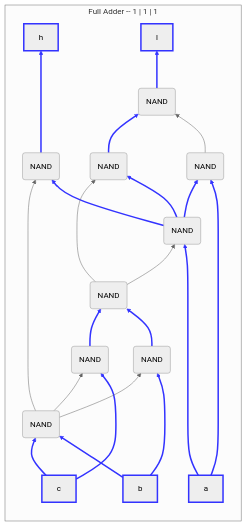
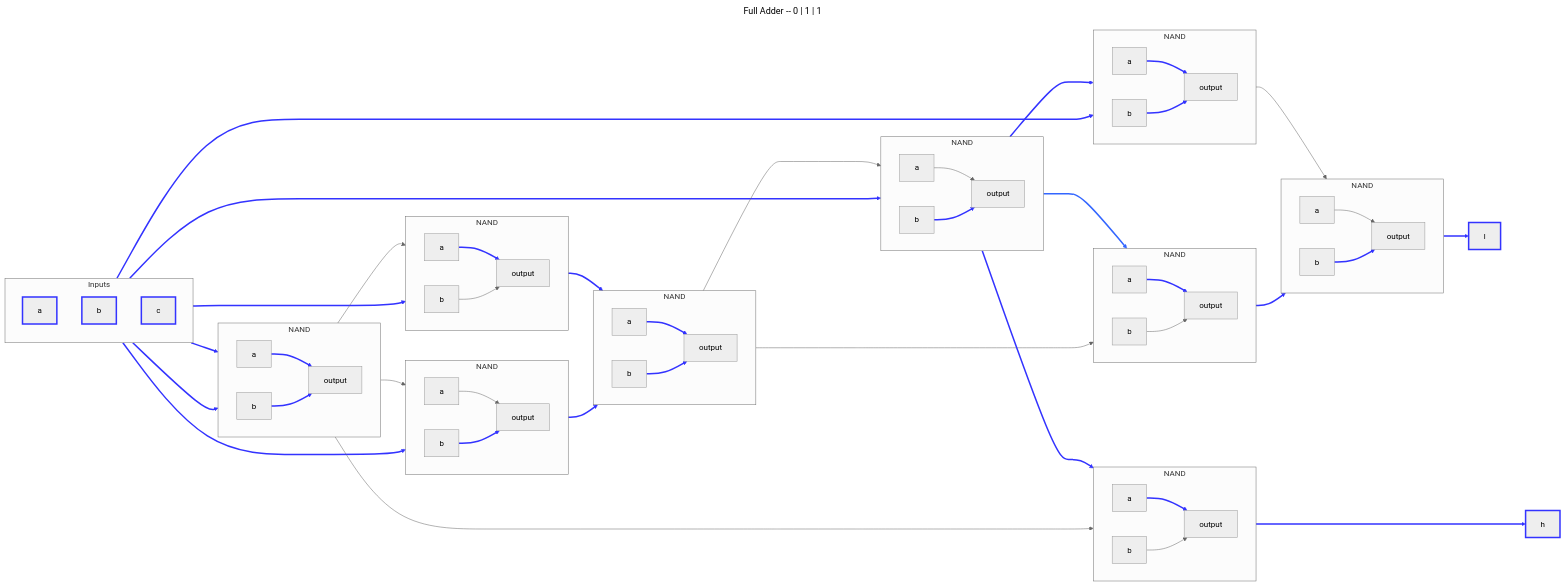
One commit to DaveyJH/nandgame changed the eighth of 9 diagrams in arithmetic/full-adder.md. Above: the diagram before and after it, drawn with Mermaid (neutral theme). The commit also changed other lines of this file, not shown here.

Commit message:
feat: Update Full Adder to new style

````diff
--- a/arithmetic/full-adder.md
+++ b/arithmetic/full-adder.md
@@ -223,34 +701,98 @@
 ```mermaid
-flowchart BT
-subgraph "Full Adder -- 1 | 1 | 1"
-direction BT
+---
+title: Full Adder -- 0 | 1 | 1
+---
+flowchart LR;
 
-a[a]:::ON----->n1(NAND) & n2(NAND);
-b[b]:::ON-->n3(NAND) & n4(NAND);
-c[c]:::ON-->n4 & n5(NAND);
-n1-->n2 & n6(NAND) & n8(NAND);
-n2-->n9(NAND);
-n3-->n7(NAND);
-n4-->n3 & n6 & n5;
-n5-->n7;
-n6--->h[h]:::ON;
-n7-->n8 & n1;
-n8-->n9;
-n9-->l[l]:::ON;
+subgraph n1 [NAND];
+  direction LR;
+  n1ina[a] & n1inb[b] --> n1o[output];
+end;
+
+subgraph n2 [NAND];
+  direction LR;
+  n2ina[a] & n2inb[b] --> n2o[output];
+end;
+
+subgraph n3 [NAND];
+  direction LR;
+  n3ina[a] & n3inb[b] --> n3o[output];
+end;
+
+subgraph n4 [NAND];
+  direction LR;
+  n4ina[a] & n4inb[b] --> n4o[output];
+end;
+
+subgraph n5 [NAND];
+  direction LR;
+  n5ina[a] & n5inb[b] --> n5o[output];
+end;
+
+subgraph n6 [NAND];
+  direction LR;
+  n6ina[a] & n6inb[b] --> n6o[output];
+end;
+
+subgraph n7 [NAND];
+  direction LR;
+  n7ina[a] & n7inb[b] --> n7o[output];
+end;
+
+subgraph n8 [NAND];
+  direction LR;
+  n8ina[a] & n8inb[b] --> n8o[output];
+end;
+
+subgraph n9 [NAND];
+  direction LR;
+  n9ina[a] & n9inb[b] --> n9o[output];
+end;
+
+subgraph inputs [Inputs];
+  direction TB;
+  a[a];
+  b[b];
+  c[c];
+end;
+
+a[a]:::ON ---------> n1inb & n2ina;
+b[b]:::ON --> n3ina & n4ina;
+c[c]:::ON --> n4inb & n5inb;
+n1o ---> n2inb & n6ina & n9ina;
+n2o --> n7ina;
+n3o --> n8ina;
+n4o --> n3inb & n5ina & n6inb;
+n5o --> n8inb;
+n6o ----> h[h]:::ON;
+n7o --> l[l]:::ON;
+n8o --> n1ina & n9inb;
+n9o --> n7inb;
 classDef ON stroke:#33f,stroke-width:3px;
-linkStyle 0 stroke:#33f,stroke-width:3px;
 linkStyle 1 stroke:#33f,stroke-width:3px;
 linkStyle 2 stroke:#33f,stroke-width:3px;
 linkStyle 3 stroke:#33f,stroke-width:3px;
 linkStyle 4 stroke:#33f,stroke-width:3px;
-linkStyle 5 stroke:#33f,stroke-width:3px;
 linkStyle 6 stroke:#33f,stroke-width:3px;
 linkStyle 7 stroke:#33f,stroke-width:3px;
-linkStyle 8 stroke:#33f,stroke-width:3px;
+linkStyle 9 stroke:#33f,stroke-width:3px;
 linkStyle 10 stroke:#33f,stroke-width:3px;
+linkStyle 13 stroke:#33f,stroke-width:3px;
 linkStyle 14 stroke:#33f,stroke-width:3px;
 linkStyle 15 stroke:#33f,stroke-width:3px;
+linkStyle 16 stroke:#33f,stroke-width:3px;
 linkStyle 18 stroke:#33f,stroke-width:3px;
 linkStyle 19 stroke:#33f,stroke-width:3px;
-end
+linkStyle 20 stroke:#33f,stroke-width:3px;
+linkStyle 21 stroke:#33f,stroke-width:3px;
+linkStyle 22 stroke:#33f,stroke-width:3px;
+linkStyle 23 stroke:#33f,stroke-width:3px;
+linkStyle 24 stroke:#33f,stroke-width:3px;
+linkStyle 25 stroke:#33f,stroke-width:3px;
+linkStyle 26 stroke:#36f,stroke-width:3px;
+linkStyle 28 stroke:#33f,stroke-width:3px;
+linkStyle 32 stroke:#33f,stroke-width:3px;
+linkStyle 33 stroke:#33f,stroke-width:3px;
+linkStyle 34 stroke:#33f,stroke-width:3px;
+linkStyle 37 stroke:#33f,stroke-width:3px;
 ```
````
